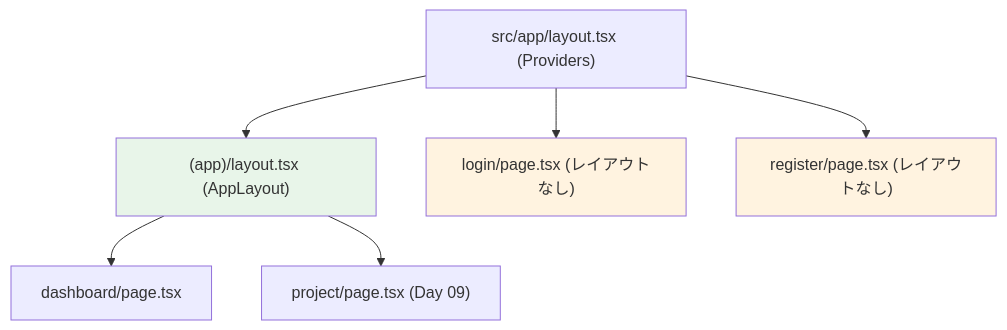
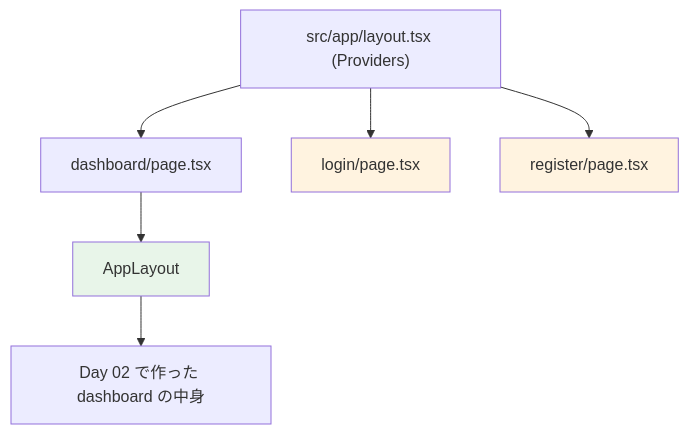
The fourth of 4 diagrams in material/30days-curriculum/day08_サイドバーを完成させよう.md (kouiso/task-app), drawn with Mermaid before and after one commit. The commit also changed other lines of this file and 14 other files, not shown here.

````diff
--- a/material/30days-curriculum/day08_サイドバーを完成させよう.md
+++ b/material/30days-curriculum/day08_サイドバーを完成させよう.md
@@ -498,12 +495,12 @@
 ```mermaid
 flowchart TD
-    A["src/app/layout.tsx (Providers)"] --> B["(app)/layout.tsx (AppLayout)"]
-    A --> C["login/page.tsx (レイアウトなし)"]
-    A --> D["register/page.tsx (レイアウトなし)"]
-    B --> E["dashboard/page.tsx"]
-    B --> F["project/page.tsx (Day 09)"]
+    A["src/app/layout.tsx (Providers)"] --> B["dashboard/page.tsx"]
+    A --> C["login/page.tsx"]
+    A --> D["register/page.tsx"]
+    B --> E["AppLayout"]
+    E --> F["Day 02 で作った dashboard の中身"]
 
-    style B fill:#e8f5e9
+    style E fill:#e8f5e9
     style C fill:#fff3e0
     style D fill:#fff3e0
 ```
````
